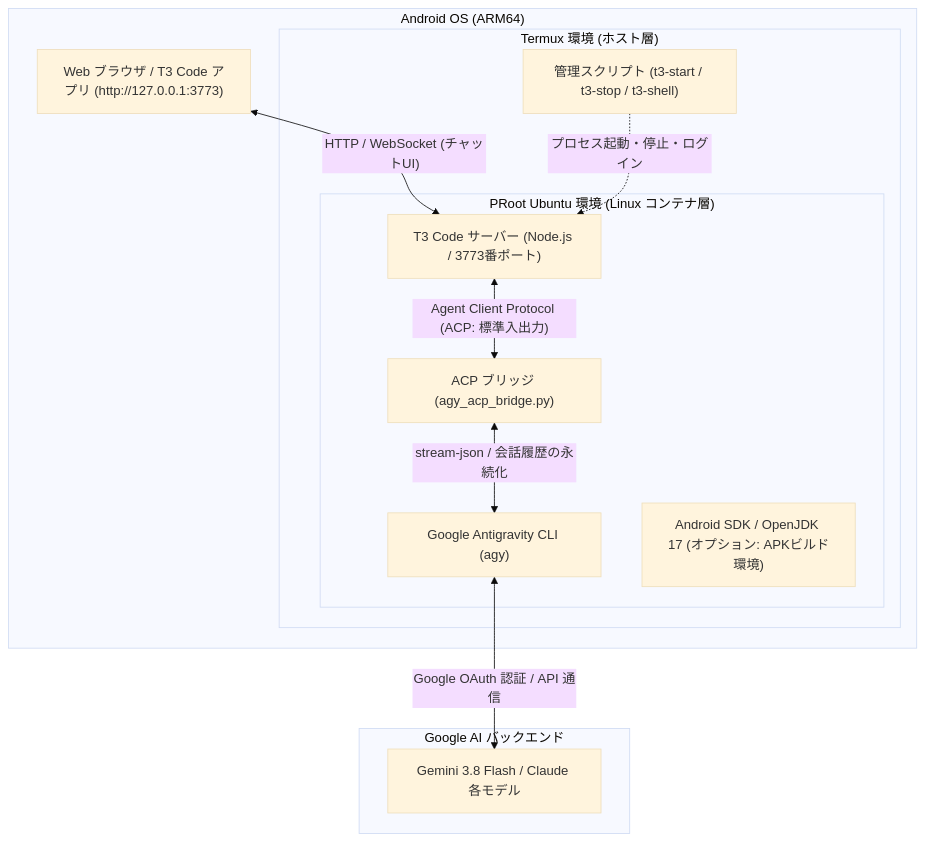
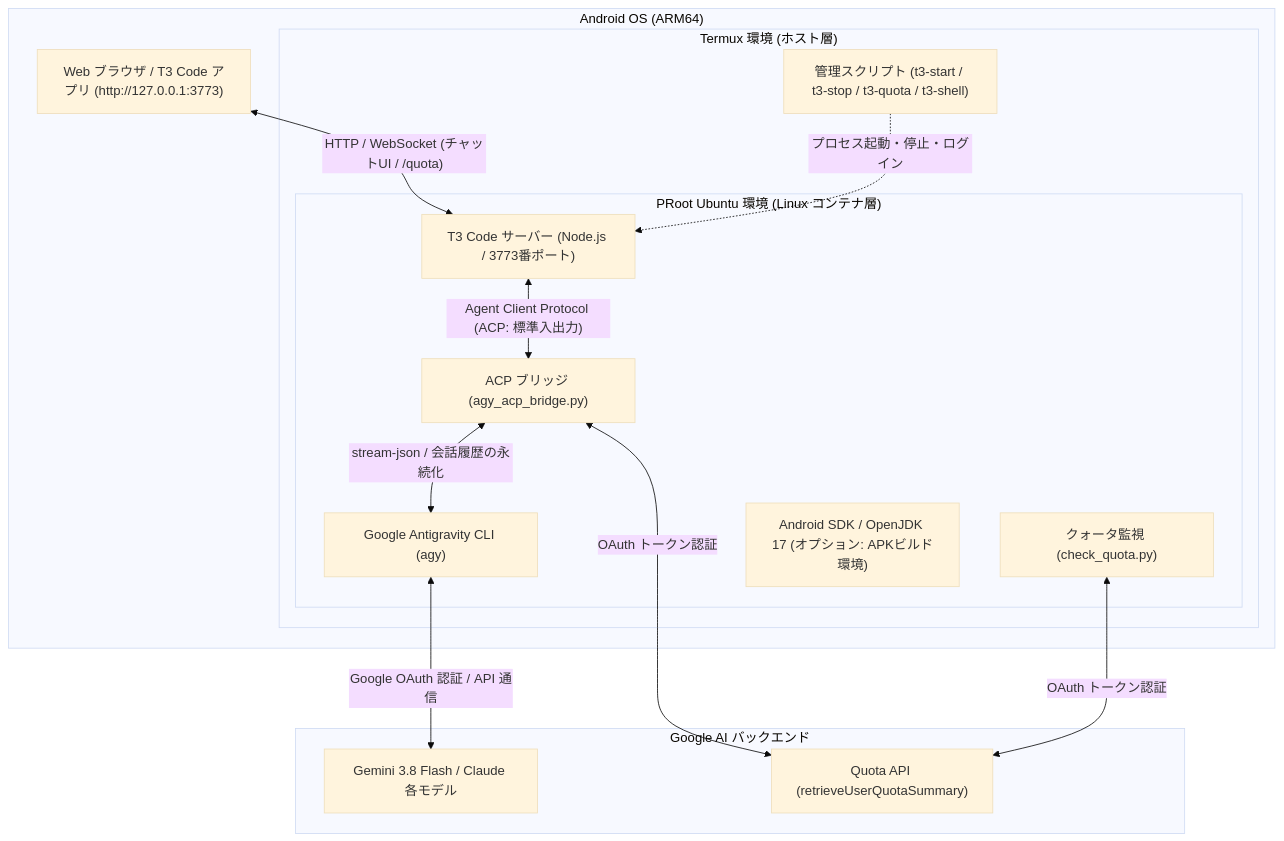
The diagram in README.md (aegisfleet/setting-up-antigravity-on-android), drawn with Mermaid (base theme) before and after one commit. The commit also changed other lines of this file and 4 other files, not shown here.

````diff
--- a/README.md
+++ b/README.md
@@ -189,27 +194,31 @@
 ```mermaid
 flowchart TD
     subgraph Android["Android OS (ARM64)"]
         Browser["Web ブラウザ / T3 Code アプリ (http://127.0.0.1:3773)"]
 
         subgraph Termux["Termux 環境 (ホスト層)"]
-            TermuxCmd["管理スクリプト (t3-start / t3-stop / t3-shell)"]
+            TermuxCmd["管理スクリプト (t3-start / t3-stop / t3-quota / t3-shell)"]
 
             subgraph Ubuntu["PRoot Ubuntu 環境 (Linux コンテナ層)"]
                 T3Server["T3 Code サーバー (Node.js / 3773番ポート)"]
                 Bridge["ACP ブリッジ (agy_acp_bridge.py)"]
                 Agy["Google Antigravity CLI (agy)"]
+                Quota["クォータ監視 (check_quota.py)"]
                 AndroidSDK["Android SDK / OpenJDK 17 (オプション: APKビルド環境)"]
             end
         end
     end
 
     subgraph Cloud["Google AI バックエンド"]
         GoogleAI["Gemini 3.8 Flash / Claude 各モデル"]
+        QuotaAPI["Quota API (retrieveUserQuotaSummary)"]
     end
 
-    Browser <-->|"HTTP / WebSocket (チャットUI)"| T3Server
+    Browser <-->|"HTTP / WebSocket (チャットUI / /quota)"| T3Server
     TermuxCmd -.->|"プロセス起動・停止・ログイン"| T3Server
     T3Server <-->|"Agent Client Protocol (ACP: 標準入出力)"| Bridge
     Bridge <-->|"stream-json / 会話履歴の永続化"| Agy
+    Bridge <-->|"OAuth トークン認証"| QuotaAPI
+    Quota <-->|"OAuth トークン認証"| QuotaAPI
     Agy <-->|"Google OAuth 認証 / API 通信"| GoogleAI
 ```
````
